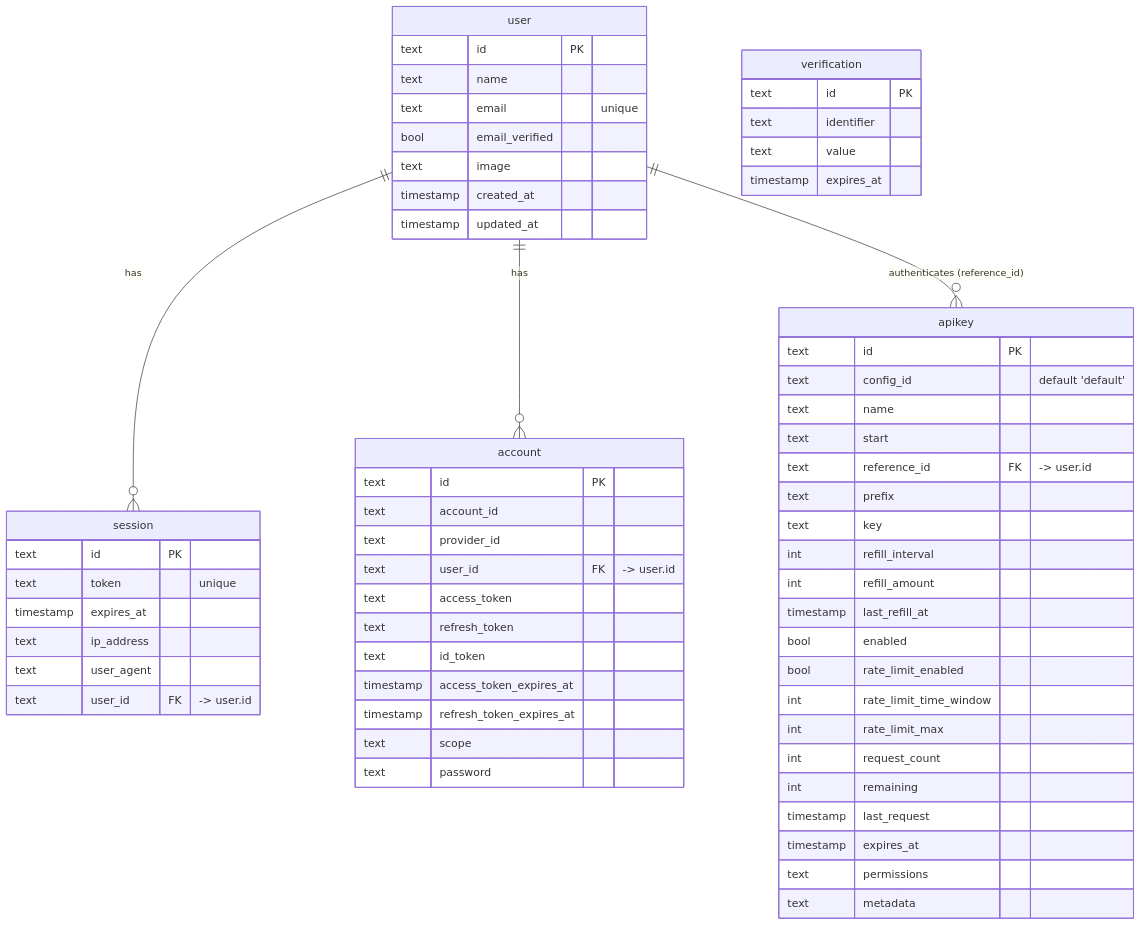
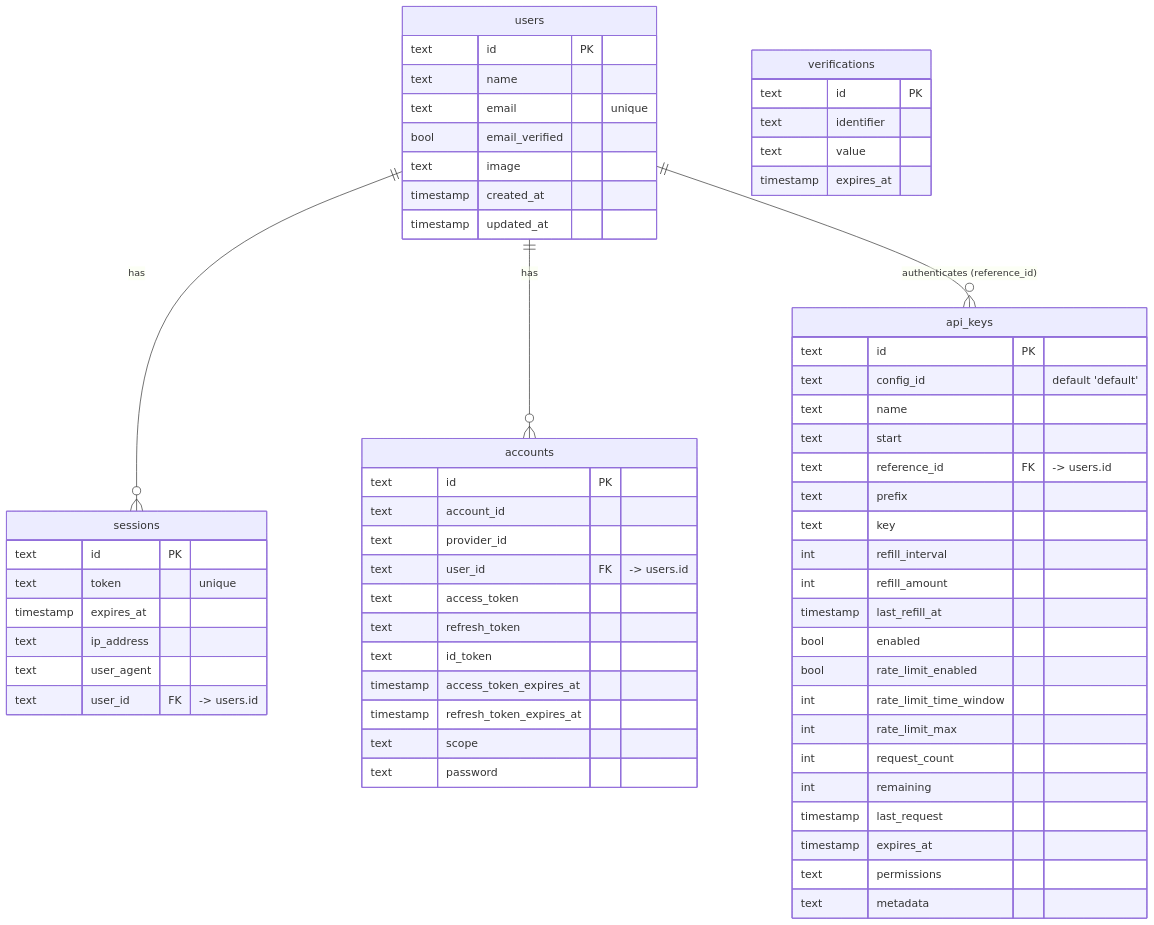
Before and after one commit to robertn702/webmcp-today: the second of 2 diagrams in docs/erd.md, drawn with Mermaid. The commit also changed other lines of this file and 20 other files, not shown here.

````diff
--- a/docs/erd.md
+++ b/docs/erd.md
@@ -65,69 +70,69 @@
 ```mermaid
 erDiagram
-    user ||--o{ session : has
-    user ||--o{ account : has
-    user ||--o{ apikey : "authenticates (reference_id)"
+    users ||--o{ sessions : has
+    users ||--o{ accounts : has
+    users ||--o{ api_keys : "authenticates (reference_id)"
 
-    user {
+    users {
         text id PK
         text name
         text email "unique"
         bool email_verified
         text image
         timestamp created_at
         timestamp updated_at
     }
 
-    session {
+    sessions {
         text id PK
         text token "unique"
         timestamp expires_at
         text ip_address
         text user_agent
-        text user_id FK "-> user.id"
+        text user_id FK "-> users.id"
     }
 
-    account {
+    accounts {
         text id PK
         text account_id
         text provider_id
-        text user_id FK "-> user.id"
+        text user_id FK "-> users.id"
         text access_token
         text refresh_token
         text id_token
         timestamp access_token_expires_at
         timestamp refresh_token_expires_at
         text scope
         text password
     }
 
-    verification {
+    verifications {
         text id PK
         text identifier
         text value
         timestamp expires_at
     }
 
-    apikey {
+    api_keys {
         text id PK
         text config_id "default 'default'"
         text name
         text start
-        text reference_id FK "-> user.id"
+        text reference_id FK "-> users.id"
         text prefix
         text key
         int refill_interval
         int refill_amount
         timestamp last_refill_at
         bool enabled
         bool rate_limit_enabled
         int rate_limit_time_window
         int rate_limit_max
         int request_count
         int remaining
         timestamp last_request
         timestamp expires_at
         text permissions
         text metadata
     }
 ```
````
